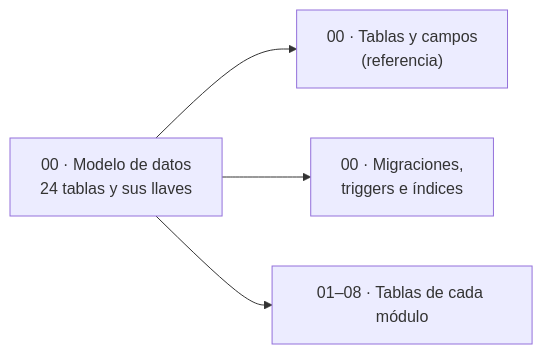
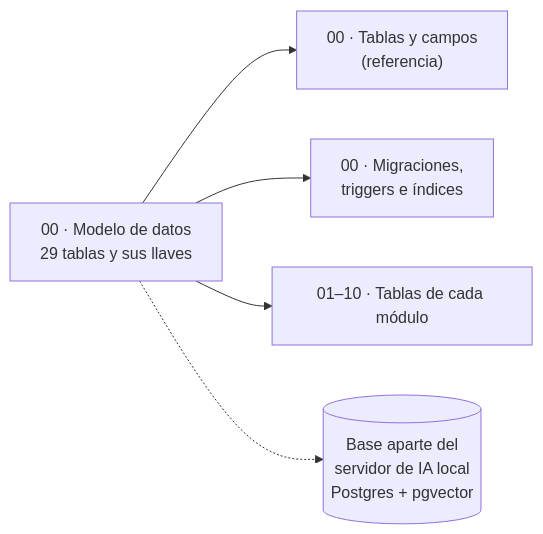
Before and after one commit to PabloP150/proyecto-is-cc6: the diagram in documentacion/03-base-de-datos/README.md, drawn with Mermaid. The commit also changed other lines of this file and 204 other files, not shown here.

First line of the commit message:
docs: update all documentation, diagrams and PNGs to the test/e2e state

````diff
--- a/documentacion/03-base-de-datos/README.md
+++ b/documentacion/03-base-de-datos/README.md
@@ -5,6 +5,7 @@
 ```mermaid
 flowchart LR
-    G["00 · Modelo de datos<br/>24 tablas y sus llaves"] --> T["00 · Tablas y campos<br/>(referencia)"]
+    G["00 · Modelo de datos<br/>29 tablas y sus llaves"] --> T["00 · Tablas y campos<br/>(referencia)"]
     G --> MT["00 · Migraciones,<br/>triggers e índices"]
-    G --> M["01–08 · Tablas de cada módulo"]
+    G --> M["01–10 · Tablas de cada módulo"]
+    G -.-> AI[("Base aparte del<br/>servidor de IA local<br/>Postgres + pgvector")]
 ```
````
